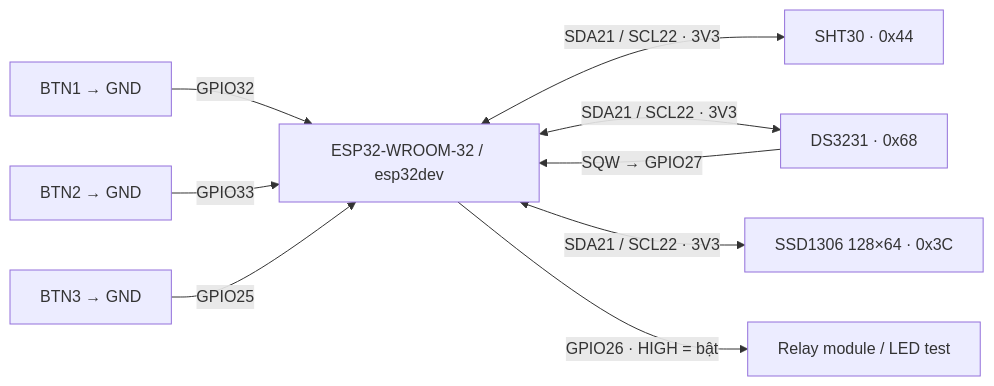
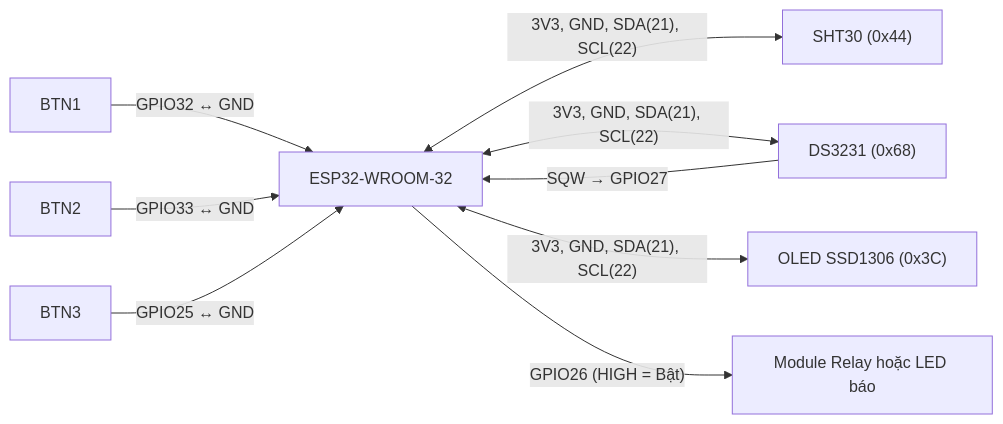
The diagram in docs/01_technical_dossier/04_hardware_wiring.md (UFOsonzz/IOT-2026.1), drawn with Mermaid before and after one commit. The commit also changed other lines of this file and 8 other files, not shown here.

````diff
--- a/docs/01_technical_dossier/04_hardware_wiring.md
+++ b/docs/01_technical_dossier/04_hardware_wiring.md
@@ -22,19 +80,20 @@
 ```mermaid
 flowchart LR
-    ESP["ESP32-WROOM-32 / esp32dev"]
-    SHT["SHT30 · 0x44"]
-    RTC["DS3231 · 0x68"]
-    OLED["SSD1306 128×64 · 0x3C"]
-    B1["BTN1 → GND"]
-    B2["BTN2 → GND"]
-    B3["BTN3 → GND"]
-    ALARM["Relay module / LED test"]
-    ESP <-->|"SDA21 / SCL22 · 3V3"| SHT
-    ESP <-->|"SDA21 / SCL22 · 3V3"| RTC
-    ESP <-->|"SDA21 / SCL22 · 3V3"| OLED
+    ESP["ESP32-WROOM-32"]
+    SHT["SHT30 (0x44)"]
+    RTC["DS3231 (0x68)"]
+    OLED["OLED SSD1306 (0x3C)"]
+    B1["BTN1"]
+    B2["BTN2"]
+    B3["BTN3"]
+    ALARM["Module Relay hoặc LED báo"]
+
+    ESP <-->|"3V3, GND, SDA(21), SCL(22)"| SHT
+    ESP <-->|"3V3, GND, SDA(21), SCL(22)"| RTC
+    ESP <-->|"3V3, GND, SDA(21), SCL(22)"| OLED
     RTC -->|"SQW → GPIO27"| ESP
-    B1 -->|"GPIO32"| ESP
-    B2 -->|"GPIO33"| ESP
-    B3 -->|"GPIO25"| ESP
-    ESP -->|"GPIO26 · HIGH = bật"| ALARM
+    B1 -->|"GPIO32 ↔ GND"| ESP
+    B2 -->|"GPIO33 ↔ GND"| ESP
+    B3 -->|"GPIO25 ↔ GND"| ESP
+    ESP -->|"GPIO26 (HIGH = Bật)"| ALARM
 ```
````
